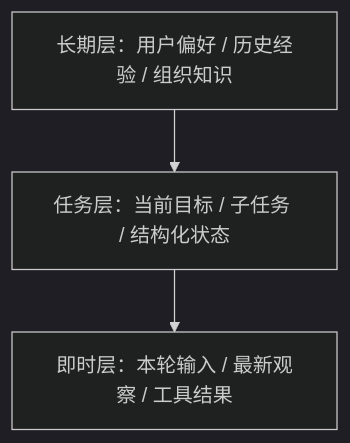
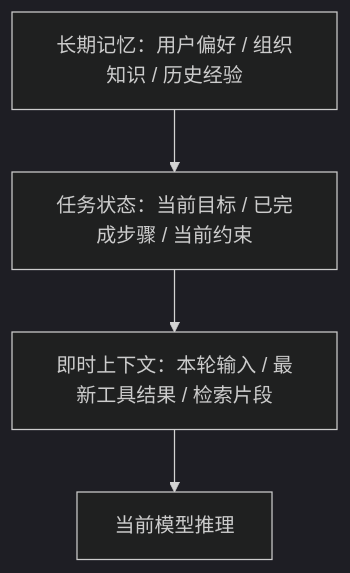
The diagram in AI Agent/03_上下文、状态与记忆：Agent 为什么需要“脑子”和“笔记”.md (qxq1997/learning_stuff), drawn with Mermaid (dark theme) before and after one commit. The commit also changed other lines of this file and 6 other files, not shown here.

````diff
--- a/AI Agent/03_上下文、状态与记忆：Agent 为什么需要“脑子”和“笔记”.md
+++ b/AI Agent/03_上下文、状态与记忆：Agent 为什么需要“脑子”和“笔记”.md
@@ -127,5 +138,6 @@
 ```mermaid
 flowchart TD
-    A["长期层：用户偏好 / 历史经验 / 组织知识"] --> B["任务层：当前目标 / 子任务 / 结构化状态"]
-    B --> C["即时层：本轮输入 / 最新观察 / 工具结果"]
+    A["长期记忆：用户偏好 / 组织知识 / 历史经验"] --> B["任务状态：当前目标 / 已完成步骤 / 当前约束"]
+    B --> C["即时上下文：本轮输入 / 最新工具结果 / 检索片段"]
+    C --> D["当前模型推理"]
 ```
````
